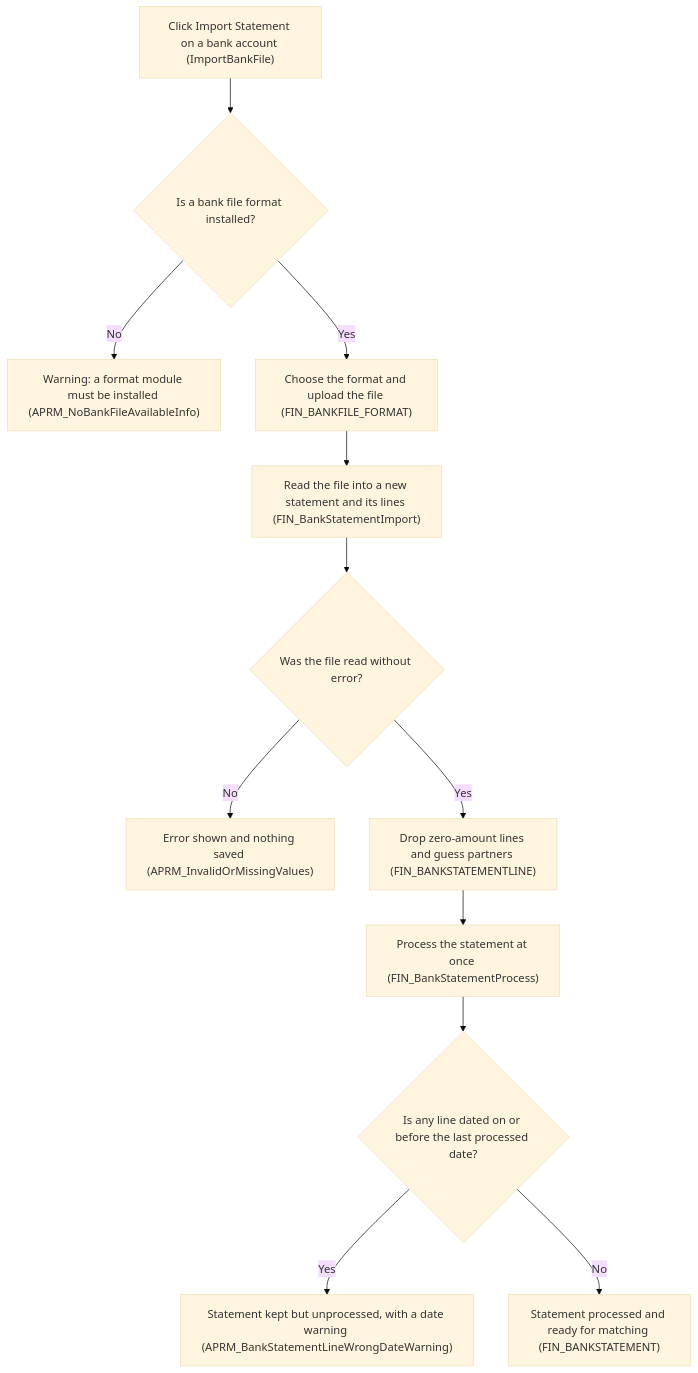
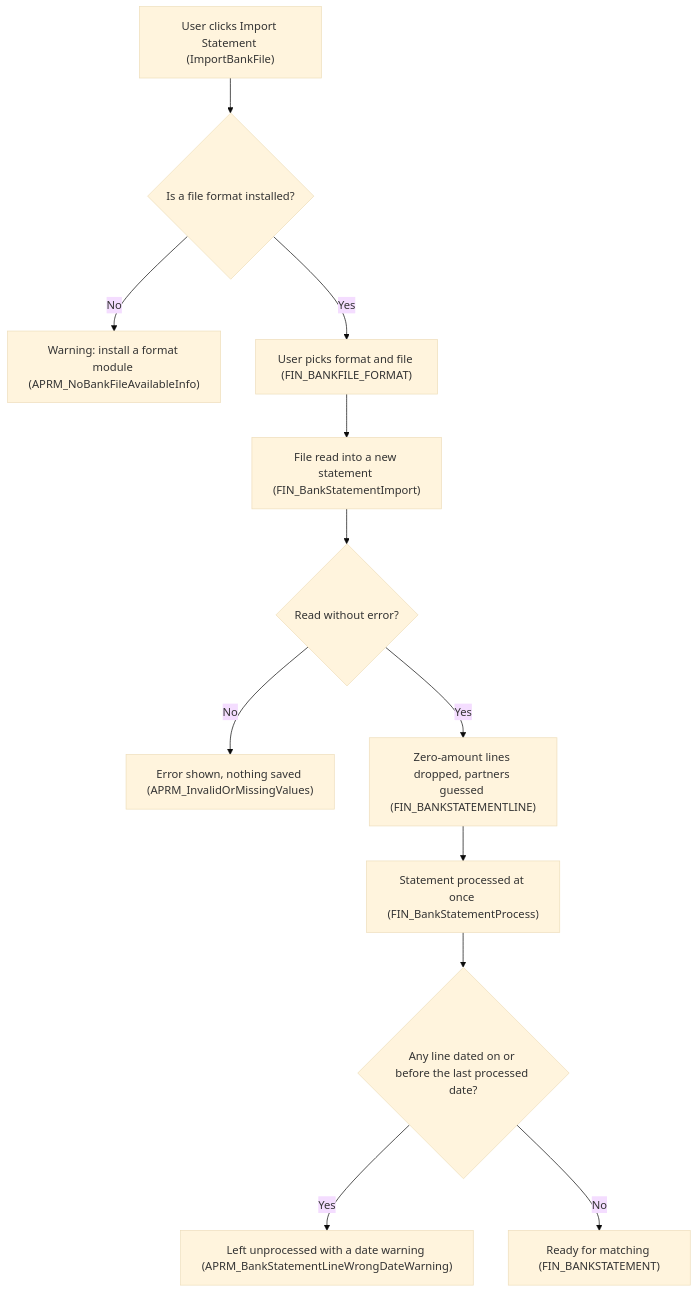
One commit to blitzy-public-samples/openbravo-erp changed the first of 9 diagrams in docs/analysis/analysis-1-current-state-reconciliation.md. Above: the diagram before and after it, drawn with Mermaid (base theme). The commit also changed other lines of this file and 1 other file, not shown here.

````diff
--- a/docs/analysis/analysis-1-current-state-reconciliation.md
+++ b/docs/analysis/analysis-1-current-state-reconciliation.md
@@ -29,14 +29,14 @@
 ```mermaid
 flowchart TD
-    A["Click Import Statement on a bank account (ImportBankFile)"] --> B{"Is a bank file format installed?"}
-    B -->|No| C["Warning: a format module must be installed (APRM_NoBankFileAvailableInfo)"]
-    B -->|Yes| D["Choose the format and upload the file (FIN_BANKFILE_FORMAT)"]
-    D --> E["Read the file into a new statement and its lines (FIN_BankStatementImport)"]
-    E --> F{"Was the file read without error?"}
-    F -->|No| G["Error shown and nothing saved (APRM_InvalidOrMissingValues)"]
-    F -->|Yes| H["Drop zero-amount lines and guess partners (FIN_BANKSTATEMENTLINE)"]
-    H --> I["Process the statement at once (FIN_BankStatementProcess)"]
-    I --> J{"Is any line dated on or before the last processed date?"}
-    J -->|Yes| K["Statement kept but unprocessed, with a date warning (APRM_BankStatementLineWrongDateWarning)"]
-    J -->|No| L["Statement processed and ready for matching (FIN_BANKSTATEMENT)"]
+    A["User clicks Import Statement (ImportBankFile)"] --> B{"Is a file format installed?"}
+    B -->|No| C["Warning: install a format module (APRM_NoBankFileAvailableInfo)"]
+    B -->|Yes| D["User picks format and file (FIN_BANKFILE_FORMAT)"]
+    D --> E["File read into a new statement (FIN_BankStatementImport)"]
+    E --> F{"Read without error?"}
+    F -->|No| G["Error shown, nothing saved (APRM_InvalidOrMissingValues)"]
+    F -->|Yes| H["Zero-amount lines dropped, partners guessed (FIN_BANKSTATEMENTLINE)"]
+    H --> I["Statement processed at once (FIN_BankStatementProcess)"]
+    I --> J{"Any line dated on or before the last processed date?"}
+    J -->|Yes| K["Left unprocessed with a date warning (APRM_BankStatementLineWrongDateWarning)"]
+    J -->|No| L["Ready for matching (FIN_BANKSTATEMENT)"]
 ```
````
